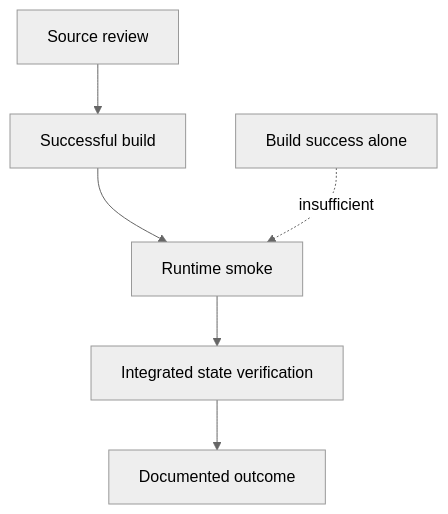
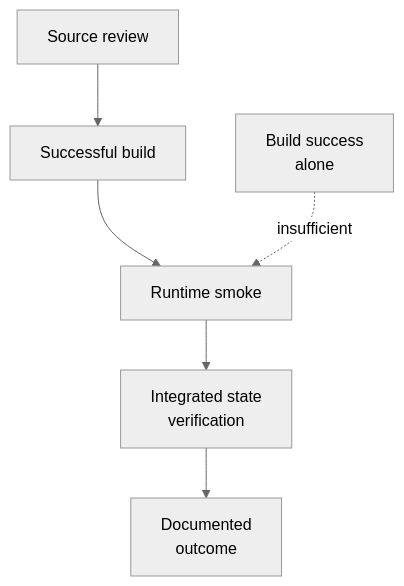
One commit to wilderruiz/zomniverse-project changed the second of 2 diagrams in docs/engineering/ENGINEERING_LOG.md. Above: the diagram before and after it, drawn with Mermaid (neutral theme). The commit also changed other lines of this file, not shown here.

Commit message:
docs: prevent Mermaid label clipping in engineering log

````diff
--- a/docs/engineering/ENGINEERING_LOG.md
+++ b/docs/engineering/ENGINEERING_LOG.md
@@ -56,9 +56,9 @@
 ```mermaid
-flowchart TB
-    S[Source review] --> B[Successful build]
-    B --> R[Runtime smoke]
-    R --> I[Integrated state verification]
-    I --> D[Documented outcome]
+flowchart TD
+    S["Source review"] --> B["Successful build"]
+    B --> R["Runtime smoke"]
+    R --> I["Integrated state<br/>verification"]
+    I --> D["Documented<br/>outcome"]
 
-    X[Build success alone] -. insufficient .-> R
+    X["Build success<br/>alone"] -. insufficient .-> R
 ```
````
